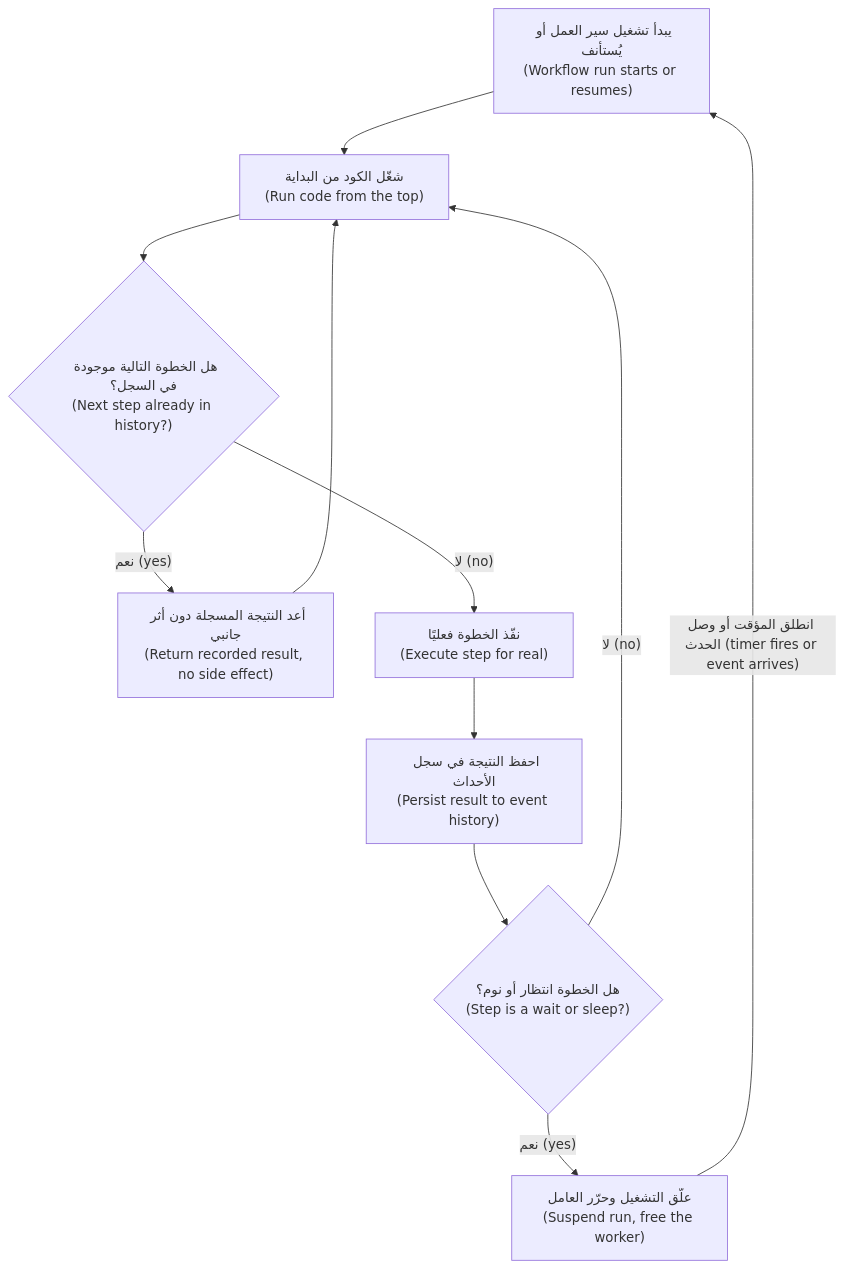
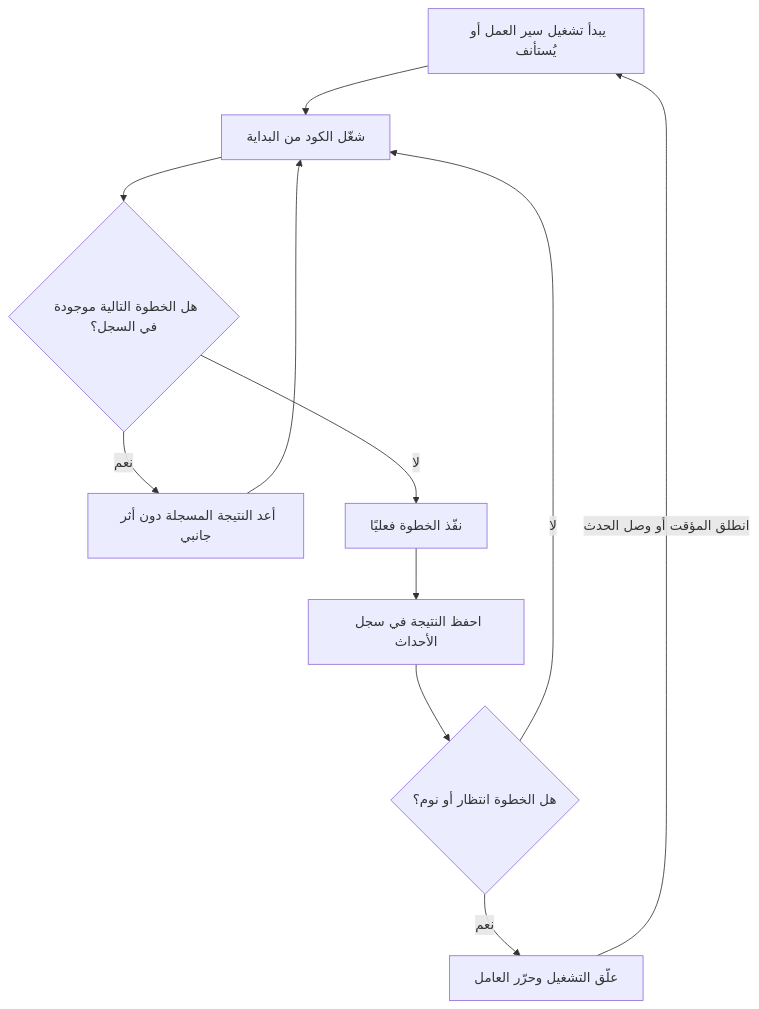
The fourth of 4 diagrams in saas/modules/05-background-integrations.ar.md (Tamoura/system-design-for-vibe-coders), drawn with Mermaid before and after one commit. The commit also changed other lines of this file and 551 other files, not shown here.

````diff
--- a/saas/modules/05-background-integrations.ar.md
+++ b/saas/modules/05-background-integrations.ar.md
@@ -908,13 +908,13 @@
 ```mermaid
 flowchart TD
-  S["يبدأ تشغيل سير العمل أو يُستأنف<br/>(Workflow run starts or resumes)"] --> R["شغّل الكود من البداية<br/>(Run code from the top)"]
-  R --> Q{"هل الخطوة التالية موجودة في السجل؟<br/>(Next step already in history?)"}
-  Q -->|"نعم (yes)"| H["أعد النتيجة المسجلة دون أثر جانبي<br/>(Return recorded result, no side effect)"]
+  S["يبدأ تشغيل سير العمل أو يُستأنف"] --> R["شغّل الكود من البداية"]
+  R --> Q{"هل الخطوة التالية موجودة في السجل؟"}
+  Q -->|"نعم"| H["أعد النتيجة المسجلة دون أثر جانبي"]
   H --> R
-  Q -->|"لا (no)"| X["نفّذ الخطوة فعليًا<br/>(Execute step for real)"]
-  X --> P["احفظ النتيجة في سجل الأحداث<br/>(Persist result to event history)"]
-  P --> W{"هل الخطوة انتظار أو نوم؟<br/>(Step is a wait or sleep?)"}
-  W -->|"لا (no)"| R
-  W -->|"نعم (yes)"| Z["علّق التشغيل وحرّر العامل<br/>(Suspend run, free the worker)"]
-  Z -->|"انطلق المؤقت أو وصل الحدث (timer fires or event arrives)"| S
+  Q -->|"لا"| X["نفّذ الخطوة فعليًا"]
+  X --> P["احفظ النتيجة في سجل الأحداث"]
+  P --> W{"هل الخطوة انتظار أو نوم؟"}
+  W -->|"لا"| R
+  W -->|"نعم"| Z["علّق التشغيل وحرّر العامل"]
+  Z -->|"انطلق المؤقت أو وصل الحدث"| S
 ```
````
